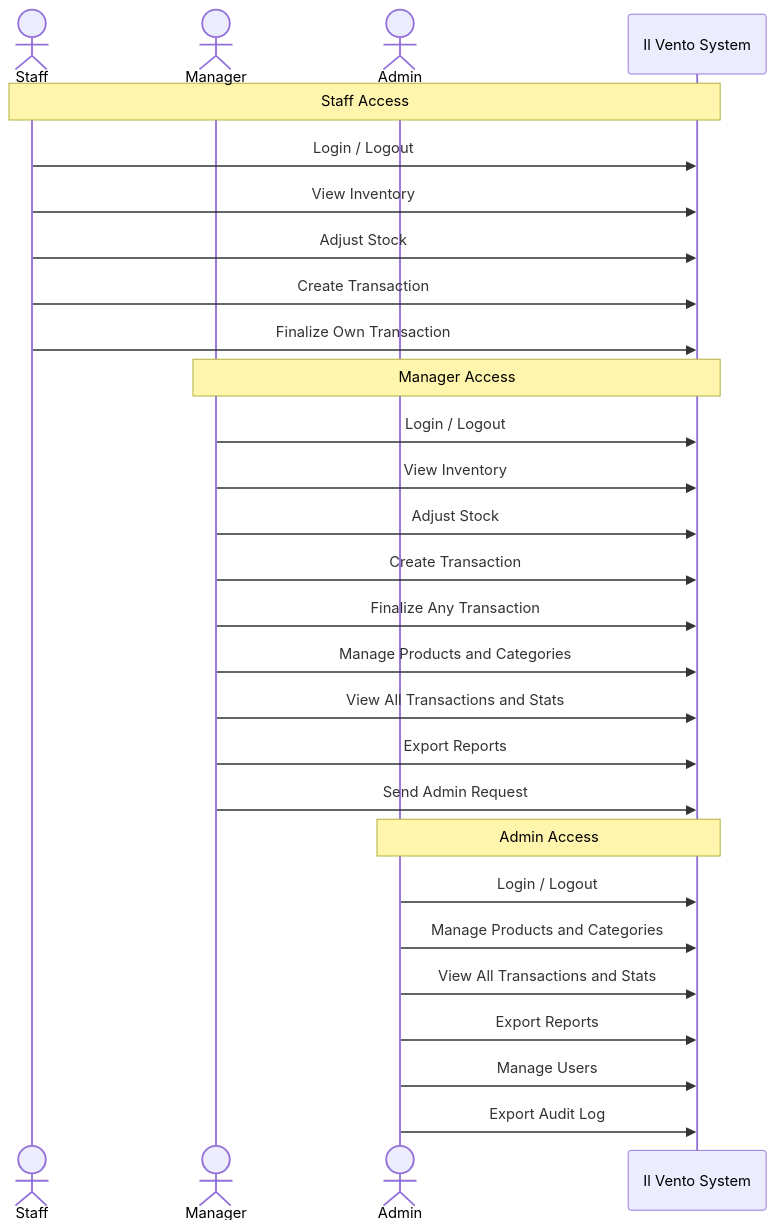
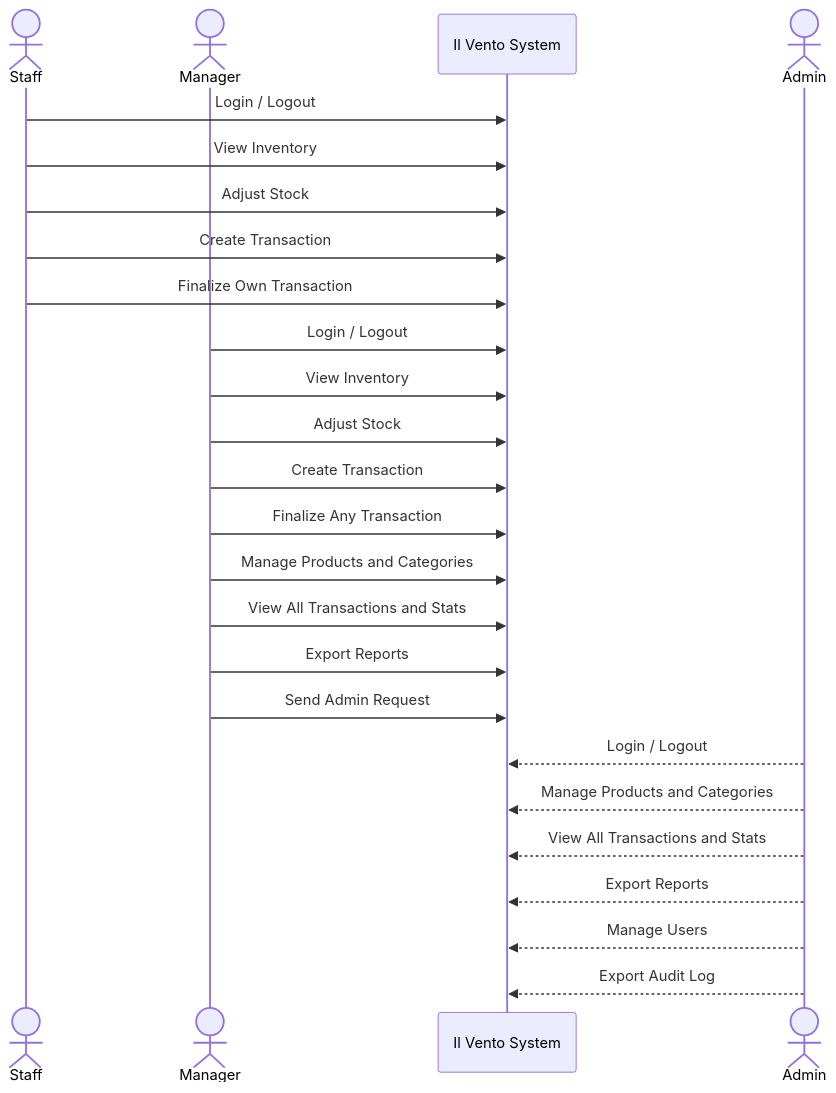
One commit to sb-gravity100/inventory_system_cs304 changed the first of 4 diagrams in README.md. Above: the diagram before and after it, drawn with Mermaid.

Commit message:
docs: restructure use case diagram with System in center, Admin on right

````diff
--- a/README.md
+++ b/README.md
@@ -67,33 +67,30 @@
 ```mermaid
 sequenceDiagram
     actor Staff
     actor Manager
+    participant System as Il Vento System
     actor Admin
-    participant System as Il Vento System
 
-    Note over Staff, System: Staff Access
     Staff->>System: Login / Logout
     Staff->>System: View Inventory
     Staff->>System: Adjust Stock
     Staff->>System: Create Transaction
     Staff->>System: Finalize Own Transaction
 
-    Note over Manager, System: Manager Access
     Manager->>System: Login / Logout
     Manager->>System: View Inventory
     Manager->>System: Adjust Stock
     Manager->>System: Create Transaction
     Manager->>System: Finalize Any Transaction
     Manager->>System: Manage Products and Categories
     Manager->>System: View All Transactions and Stats
     Manager->>System: Export Reports
     Manager->>System: Send Admin Request
 
-    Note over Admin, System: Admin Access
-    Admin->>System: Login / Logout
-    Admin->>System: Manage Products and Categories
-    Admin->>System: View All Transactions and Stats
-    Admin->>System: Export Reports
-    Admin->>System: Manage Users
-    Admin->>System: Export Audit Log
+    Admin-->>System: Login / Logout
+    Admin-->>System: Manage Products and Categories
+    Admin-->>System: View All Transactions and Stats
+    Admin-->>System: Export Reports
+    Admin-->>System: Manage Users
+    Admin-->>System: Export Audit Log
 ```
````
